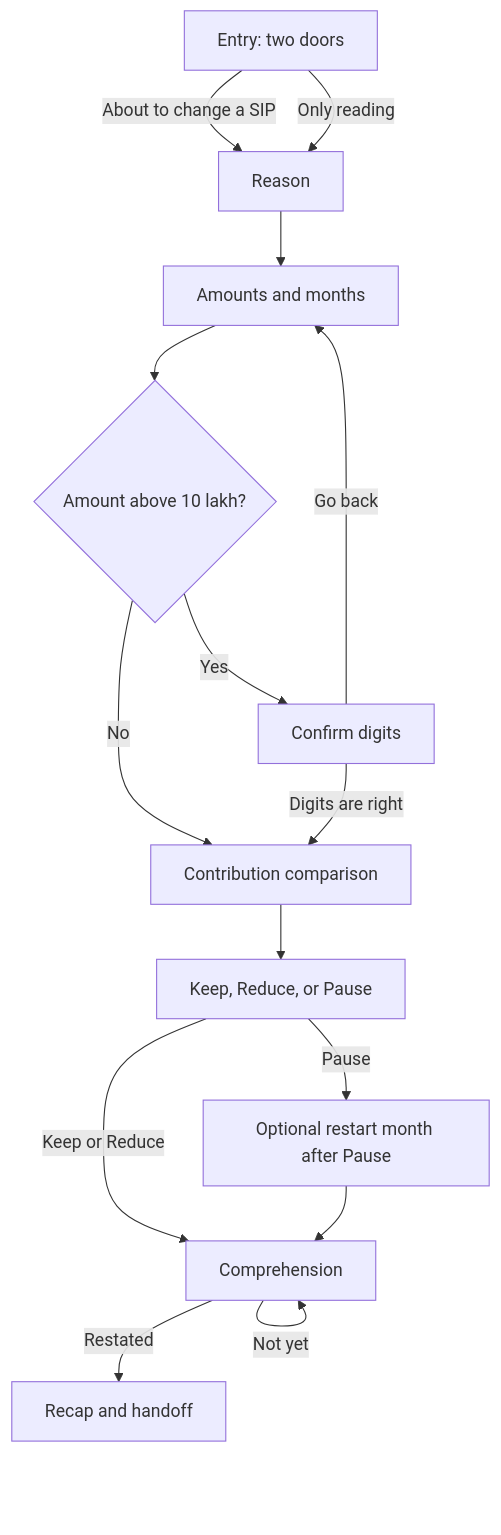
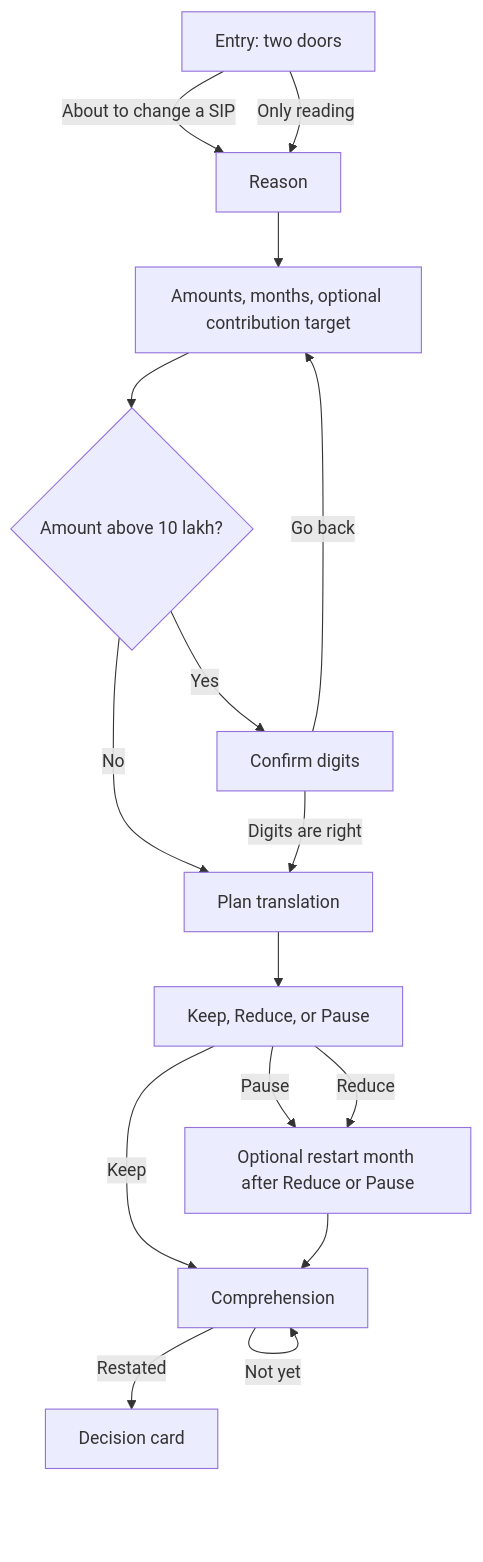
Before and after one commit to parthkapoor2402/finlit-ventures: the second of 2 diagrams in docs/architecture.md, drawn with Mermaid. The commit also changed 17 other files, not shown here.

First line of the commit message:
Translate a SIP change into the plan and a decision card.

````diff
--- a/docs/architecture.md
+++ b/docs/architecture.md
@@ -34,27 +34,28 @@
 ```mermaid
 flowchart TD
   entry[Entry: two doors]
   reason[Reason]
-  inputs[Amounts and months]
+  inputs[Amounts, months, optional contribution target]
   confirm{Amount above 10 lakh?}
   digits[Confirm digits]
-  impact[Contribution comparison]
+  impact[Plan translation]
   choice[Keep, Reduce, or Pause]
-  restart[Optional restart month after Pause]
+  restart[Optional restart month after Reduce or Pause]
   check[Comprehension]
-  recap[Recap and handoff]
+  recap[Decision card]
   entry -->|About to change a SIP| reason
   entry -->|Only reading| reason
   reason --> inputs
   inputs --> confirm
   confirm -->|No| impact
   confirm -->|Yes| digits
   digits -->|Digits are right| impact
   digits -->|Go back| inputs
   impact --> choice
   choice -->|Pause| restart
-  choice -->|Keep or Reduce| check
+  choice -->|Keep| check
+  choice -->|Reduce| restart
   restart --> check
   check -->|Restated| recap
   check -->|Not yet| check
 ```
````
